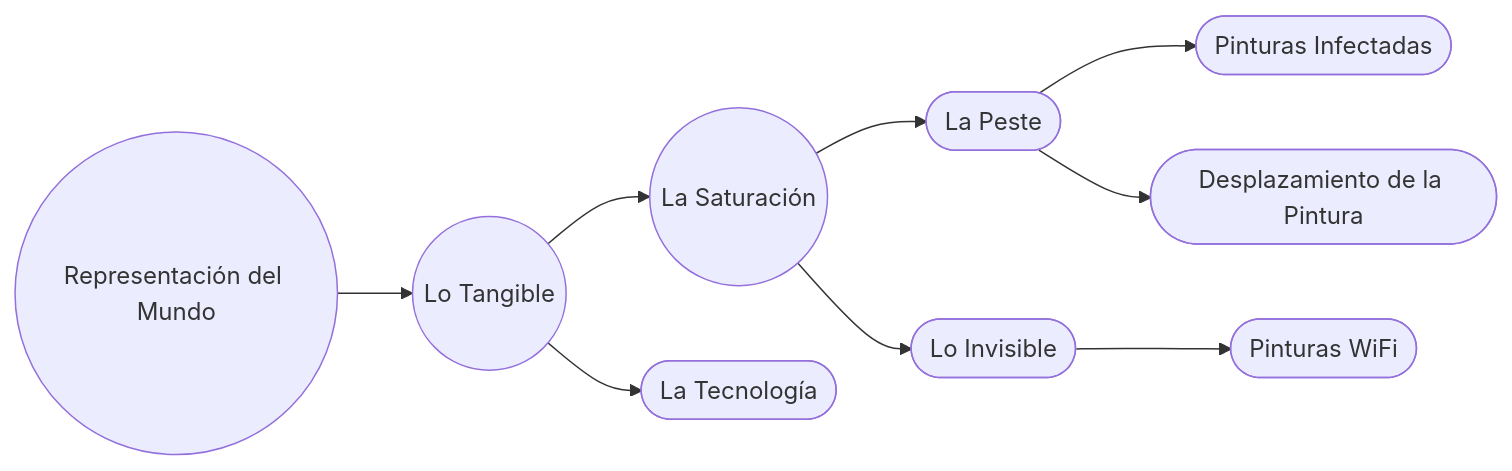
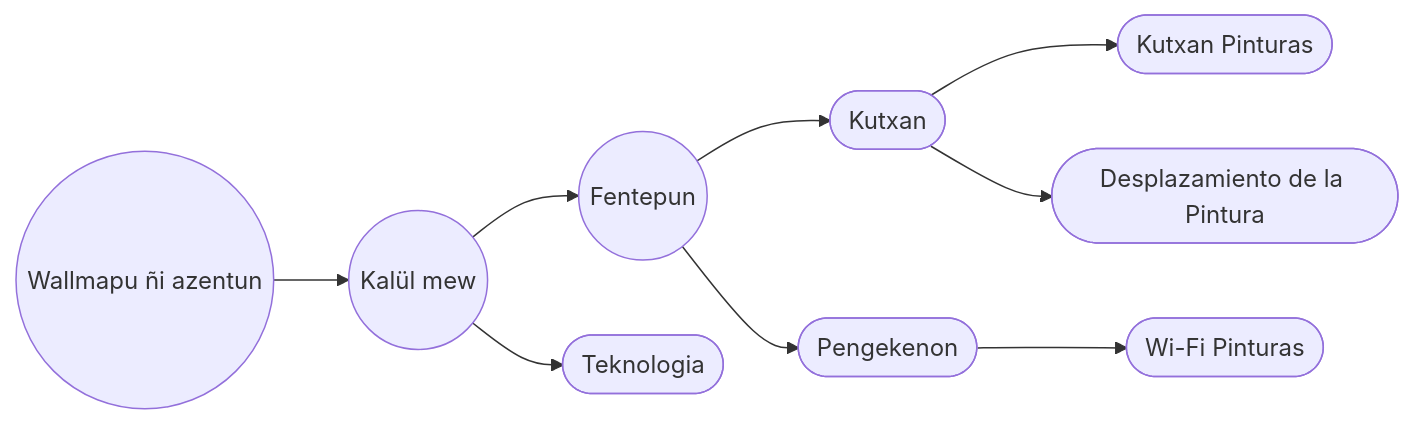
One commit to EGGS-Artesvisuales/EGGS-Artesvisuales.github.io changed the diagram in MPD/saturacion.md. Above: the diagram before and after it, drawn with Mermaid. The commit also changed other lines of this file and 43 other files, not shown here.

```diff
--- a/MPD/saturacion.md
+++ b/MPD/saturacion.md
@@ -34,31 +34,31 @@
 <div class="mermaid">
 flowchart LR
-  RM((Representación del Mundo))
-  LT((Lo Tangible))
-  LS((La Saturación))
-  LTec([La Tecnología])
-  LP([La Peste])
-  LI([Lo Invisible])
-  P([Pinturas Infectadas])
+  RM((Wallmapu ñi azentun))
+  LT((Kalül mew))
+  LS((Fentepun))
+  LTec([Teknologia])
+  LP([Kutxan])
+  LI([Pengekenon])
+  P([Kutxan Pinturas])
   DP([Desplazamiento de la Pintura])
-  PL([Pinturas WiFi])  
+  PL([Wi-Fi Pinturas])  
 
   RM --> LT
   LT --> LS
   LT --> LTec
   LS --> LP
   LS --> LI
   LP --> P
   LP --> DP
   LI --> PL          
 
-  click RM "/MPD/mundo-exterior.html" "Ir a Representación del Mundo"
-  click LT "/MPD/tangible.html" "Ir a Lo Tangible"
-  click LS "/MPD/saturacion.html" "Ir a La Saturación"
-  click LTec "/MPD/en-construccion.html" "Ir a La Tecnología"
-  click LP "/MPD/la-peste.html" "Ir a La Peste"
-  click LI "/MPD/lo-invisible.html" "Ir a Lo Invisible"
-  click P "/MPD/peste-pinturas-infectadas.html" "Ir a Pinturas Infectadas"
+  click RM "/MPD/mundo-exterior.html" "Ir a Wallmapu ñi azentun"
+  click LT "/MPD/tangible.html" "Ir a Kalül mew"
+  click LS "/MPD/saturacion.html" "Ir a Fentepun"
+  click LTec "/MPD/en-construccion.html" "Ir a Teknologia"
+  click LP "/MPD/la-peste.html" "Ir a Kutxan"
+  click LI "/MPD/lo-invisible.html" "Ir a Pengekenon"
+  click P "/MPD/peste-pinturas-infectadas.html" "Ir a Kutxan Pinturas"
   click DP "/MPD/desplazamiento-pintura.html" "Ir a Desplazamiento de la Pintura"
   click PL "/MPD/pinturas-wifi.html" "Ir a Pinturas wi fi"
 </div>
```
